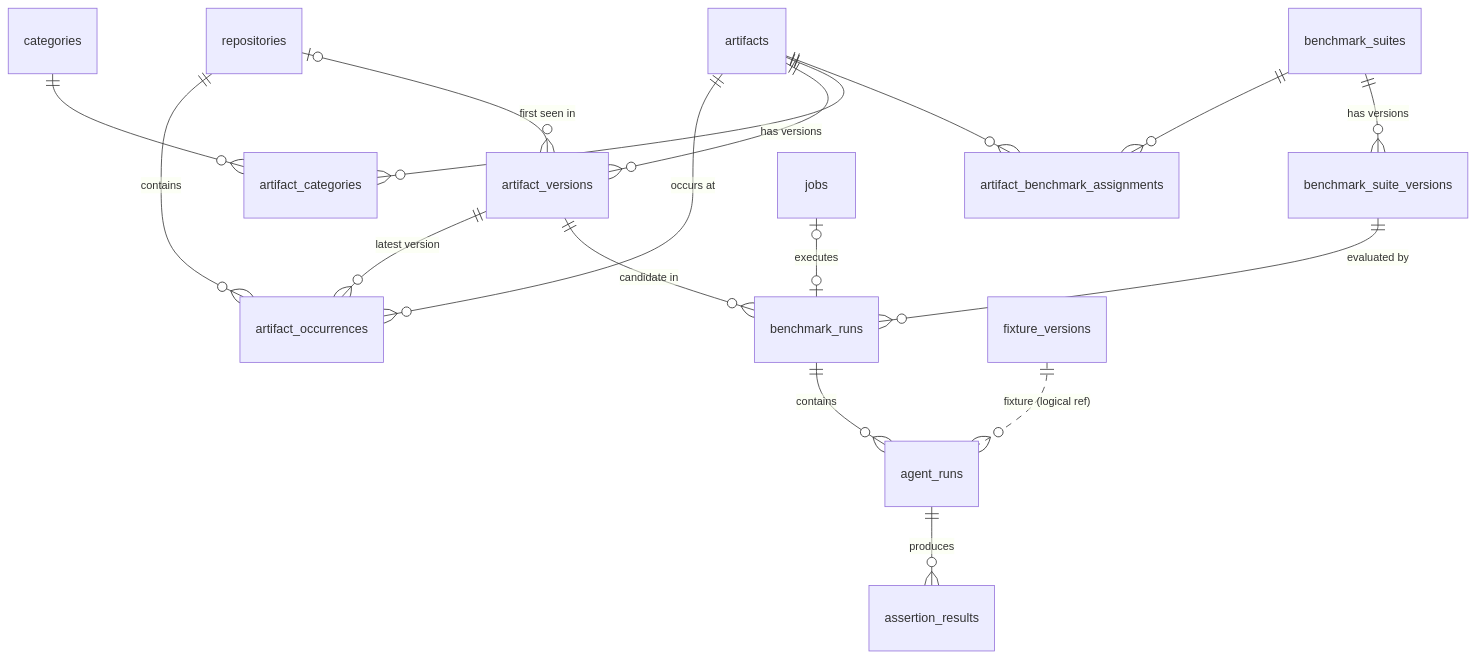
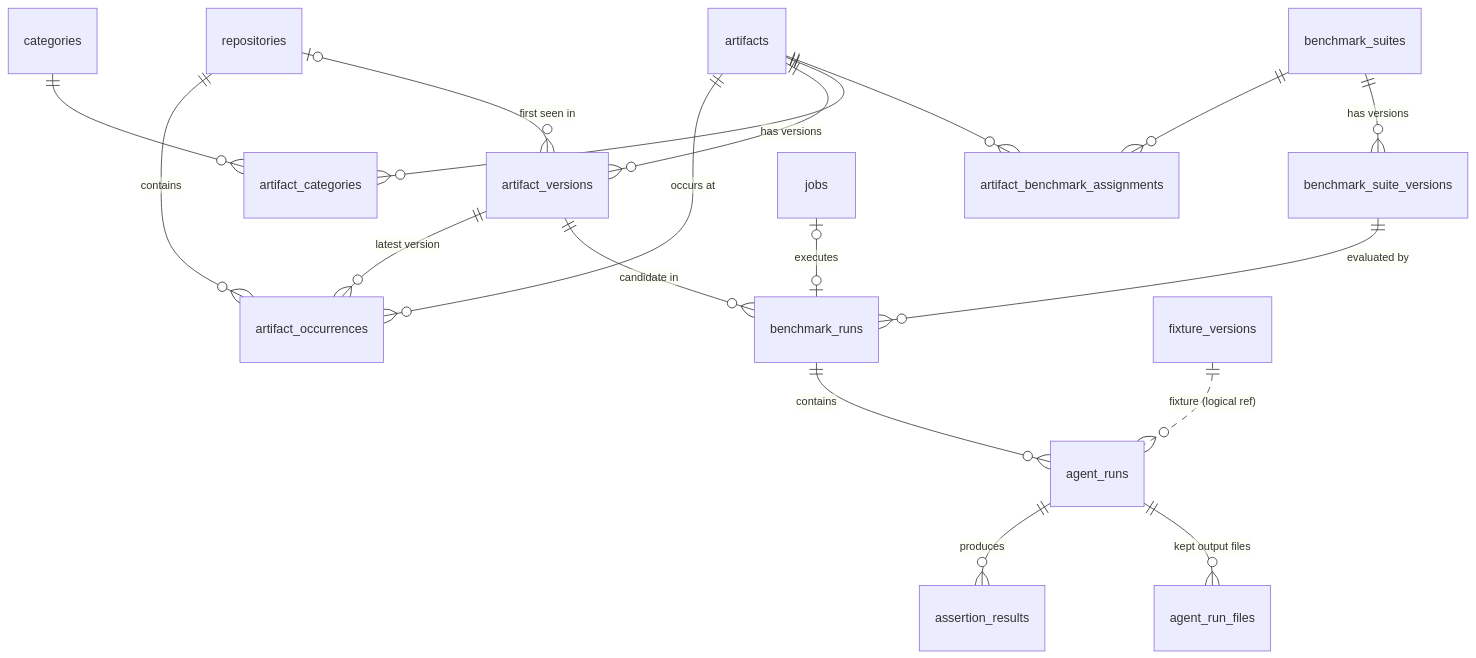
One commit to MetaX5/DirectiveBench changed the diagram in .ai/specs/2026-10-14-database-schema.md. Above: the diagram before and after it, drawn with Mermaid. The commit also changed other lines of this file and 3 other files, not shown here.

Commit message:
docs(specs): record SPEC-123 Phase 1 status and the agent_run_files table (SPEC-006)

````diff
--- a/.ai/specs/2026-10-14-database-schema.md
+++ b/.ai/specs/2026-10-14-database-schema.md
@@ -32,19 +32,20 @@
 ```mermaid
 erDiagram
   repositories ||--o{ artifact_occurrences : contains
   artifacts ||--o{ artifact_occurrences : "occurs at"
   artifacts ||--o{ artifact_versions : "has versions"
   artifact_versions ||--o{ artifact_occurrences : "latest version"
   repositories |o--o{ artifact_versions : "first seen in"
   artifacts ||--o{ artifact_categories : ""
   categories ||--o{ artifact_categories : ""
   artifacts ||--o{ artifact_benchmark_assignments : ""
   benchmark_suites ||--o{ artifact_benchmark_assignments : ""
   benchmark_suites ||--o{ benchmark_suite_versions : "has versions"
   jobs |o--o| benchmark_runs : executes
   benchmark_suite_versions ||--o{ benchmark_runs : "evaluated by"
   artifact_versions ||--o{ benchmark_runs : "candidate in"
   benchmark_runs ||--o{ agent_runs : contains
   agent_runs ||--o{ assertion_results : produces
+  agent_runs ||--o{ agent_run_files : "kept output files"
   fixture_versions ||..o{ agent_runs : "fixture (logical ref)"
 ```
````
